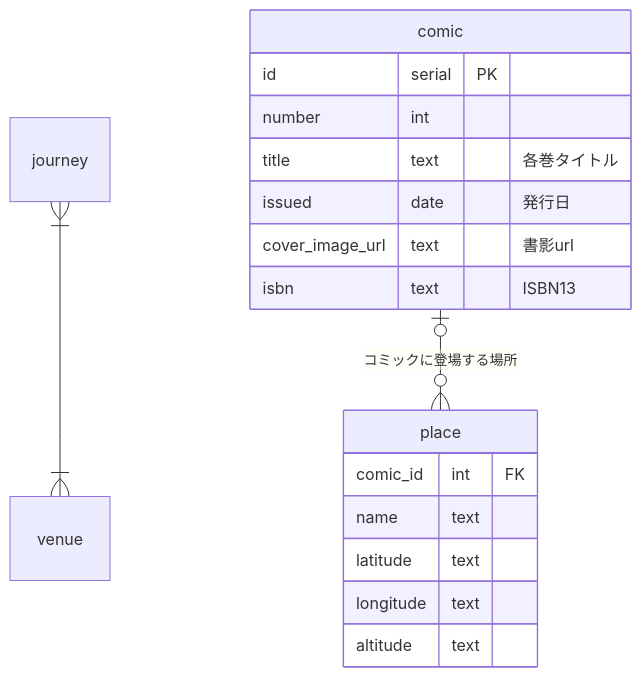
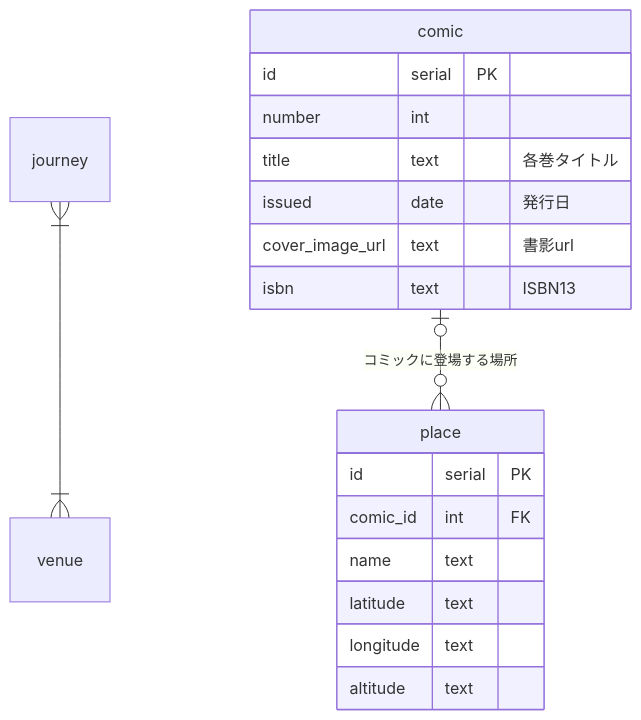
One commit to isnot/mermaid2django changed the diagram in README.md. Above: the diagram before and after it, drawn with Mermaid.

Commit message:
docs: update sample

````diff
--- a/README.md
+++ b/README.md
@@ -77,30 +77,30 @@
 ```mermaid
 erDiagram
     journey }|--|{ venue : ""
     comic |o--o{ place : "コミックに登場する場所"
 
 %% comic コミック単行本 1巻、2巻、…
 comic {
     id serial PK
     %% 第n巻
     number int
     %% 例：ざつ旅-That's Journey- 1
     title text "各巻タイトル"
     %% 巻末の奥付にある、初版発行日
     issued date "発行日"
     %% 版元ドットコムの書誌情報DBより
     cover_image_url text "書影url"
     isbn text "ISBN13"
 }
 
 %% place 場所 例:東京タワー、等
 place {
+    id serial PK
     %% comic コミックに登場する場所
-    %% コミックに登場する場所
     comic_id int FK
     name text
     latitude text
     longitude text
     altitude text
 }
 ```
````
